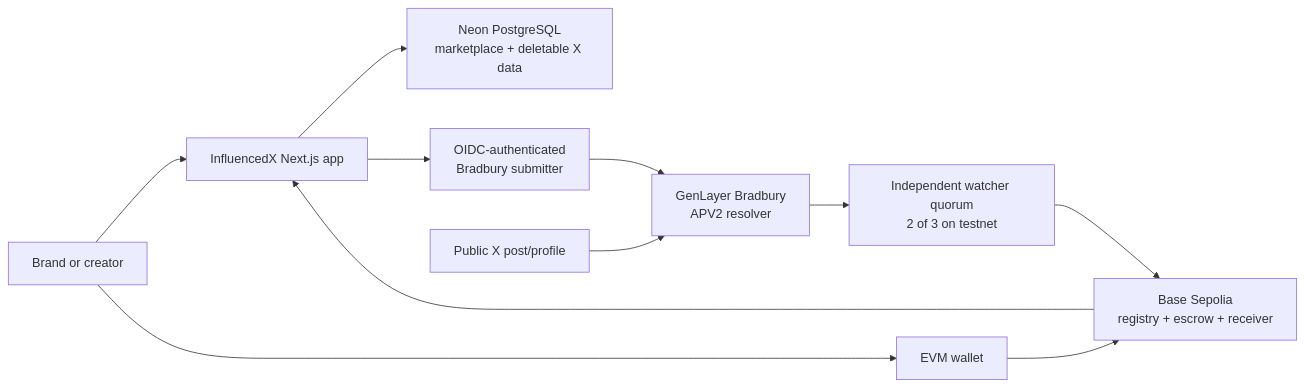
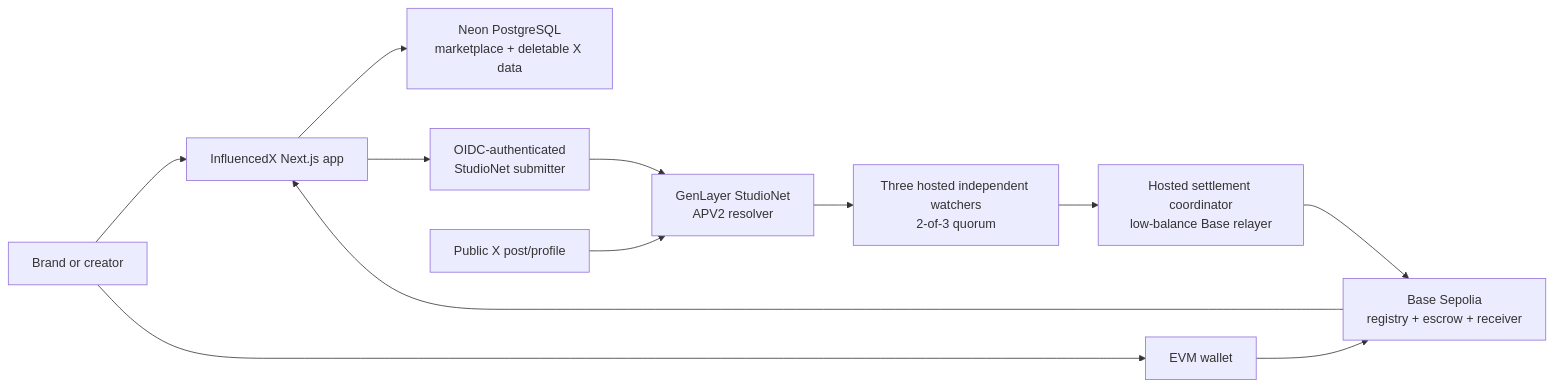
The diagram in README.md (Leokings/InfluencedX), drawn with Mermaid before and after one commit. The commit also changed other lines of this file and 116 other files, not shown here.

Commit message:
Migrate InfluencedX runtime to StudioNet

````diff
--- a/README.md
+++ b/README.md
@@ -44,13 +54,14 @@
 ```mermaid
 flowchart LR
     U["Brand or creator"] --> UI["InfluencedX Next.js app"]
     U --> W["EVM wallet"]
     UI --> DB["Neon PostgreSQL<br/>marketplace + deletable X data"]
     W --> BASE["Base Sepolia<br/>registry + escrow + receiver"]
-    UI --> SUB["OIDC-authenticated<br/>Bradbury submitter"]
-    SUB --> GL["GenLayer Bradbury<br/>APV2 resolver"]
+    UI --> SUB["OIDC-authenticated<br/>StudioNet submitter"]
+    SUB --> GL["GenLayer StudioNet<br/>APV2 resolver"]
     X["Public X post/profile"] --> GL
-    GL --> Q["Independent watcher quorum<br/>2 of 3 on testnet"]
-    Q --> BASE
+    GL --> Q["Three hosted independent watchers<br/>2-of-3 quorum"]
+    Q --> R["Hosted settlement coordinator<br/>low-balance Base relayer"]
+    R --> BASE
     BASE --> UI
 ```
````
